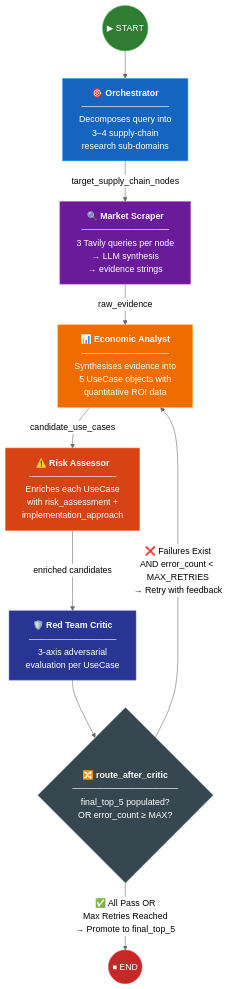
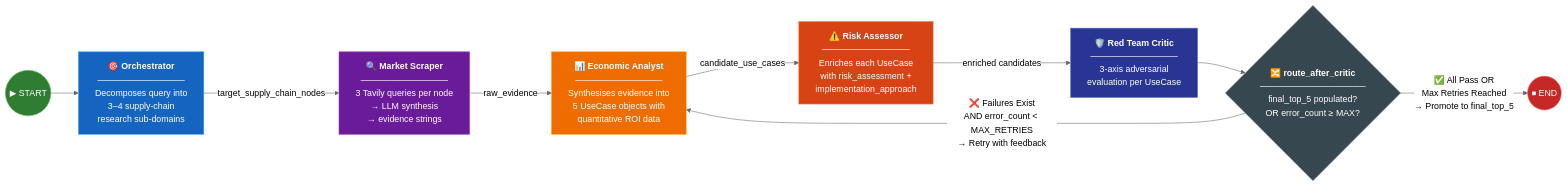
Before and after one commit to sarthak-somani/research-assistant: the second of 8 diagrams in docs/02_Architecture_Data_Flow.md, drawn with Mermaid (neutral theme). The commit also changed 1 other file, not shown here.

````diff
--- a/docs/02_Architecture_Data_Flow.md
+++ b/docs/02_Architecture_Data_Flow.md
@@ -89,32 +89,32 @@
 ```mermaid
-flowchart TD
+flowchart LR
     START(("▶ START"))
     ORCH["🎯 <b>Orchestrator</b><br/>──────────────<br/>Decomposes query into<br/>3–4 supply-chain<br/>research sub-domains"]
     SCRP["🔍 <b>Market Scraper</b><br/>──────────────<br/>3 Tavily queries per node<br/>→ LLM synthesis<br/>→ evidence strings"]
     ANAL["📊 <b>Economic Analyst</b><br/>──────────────<br/>Synthesises evidence into<br/>5 UseCase objects with<br/>quantitative ROI data"]
     RISK["⚠️ <b>Risk Assessor</b><br/>──────────────<br/>Enriches each UseCase<br/>with risk_assessment +<br/>implementation_approach"]
     CRIT["🛡️ <b>Red Team Critic</b><br/>──────────────<br/>3-axis adversarial<br/>evaluation per UseCase"]
     
     ROUTER{"🔀 <b>route_after_critic</b><br/>─────────────────<br/>final_top_5 populated?<br/>OR error_count ≥ MAX?"}
     
     FINISH(("⏹ END"))
 
     START --> ORCH
     ORCH -->|"target_supply_chain_nodes"| SCRP
     SCRP -->|"raw_evidence"| ANAL
     ANAL -->|"candidate_use_cases"| RISK
     RISK -->|"enriched candidates"| CRIT
     CRIT --> ROUTER
 
     ROUTER -->|"✅ All Pass OR<br/>Max Retries Reached<br/>→ Promote to final_top_5"| FINISH
     ROUTER -->|"❌ Failures Exist<br/>AND error_count < MAX_RETRIES<br/>→ Retry with feedback"| ANAL
 
     style START fill:#2e7d32,stroke:#66bb6a,color:#fff
     style FINISH fill:#c62828,stroke:#ef5350,color:#fff
     style ORCH fill:#1565c0,stroke:#42a5f5,color:#fff
     style SCRP fill:#6a1b9a,stroke:#ab47bc,color:#fff
     style ANAL fill:#ef6c00,stroke:#ffa726,color:#fff
     style RISK fill:#d84315,stroke:#ff7043,color:#fff
     style CRIT fill:#283593,stroke:#5c6bc0,color:#fff
     style ROUTER fill:#37474f,stroke:#78909c,color:#fff
 ```
````
